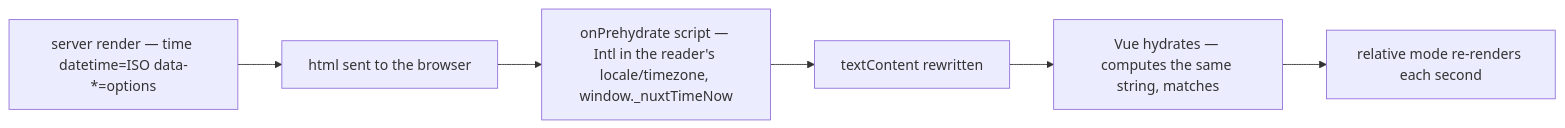
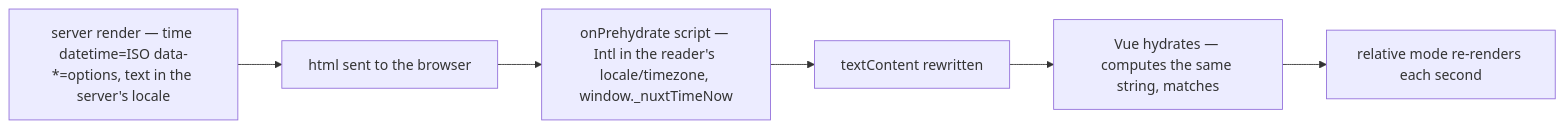
One commit to Esposter/Esposter changed the diagram in packages/app/content/docs/architecture/date-time-display.md. Above: the diagram before and after it, drawn with Mermaid. The commit also changed other lines of this file and 5 other files, not shown here.

First line of the commit message:
fix(dates): correct what NuxtTime actually does on the server

````diff
--- a/packages/app/content/docs/architecture/date-time-display.md
+++ b/packages/app/content/docs/architecture/date-time-display.md
@@ -21,8 +21,8 @@
 ```mermaid
 flowchart LR
-  server["server render — time datetime=ISO data-*=options"] --> html["html sent to the browser"]
+  server["server render — time datetime=ISO data-*=options, text in the server's locale"] --> html["html sent to the browser"]
   html --> prehydrate["onPrehydrate script — Intl in the reader's locale/timezone, window._nuxtTimeNow"]
   prehydrate --> text["textContent rewritten"]
   text --> hydrate["Vue hydrates — computes the same string, matches"]
   hydrate --> tick["relative mode re-renders each second"]
 ```
````
